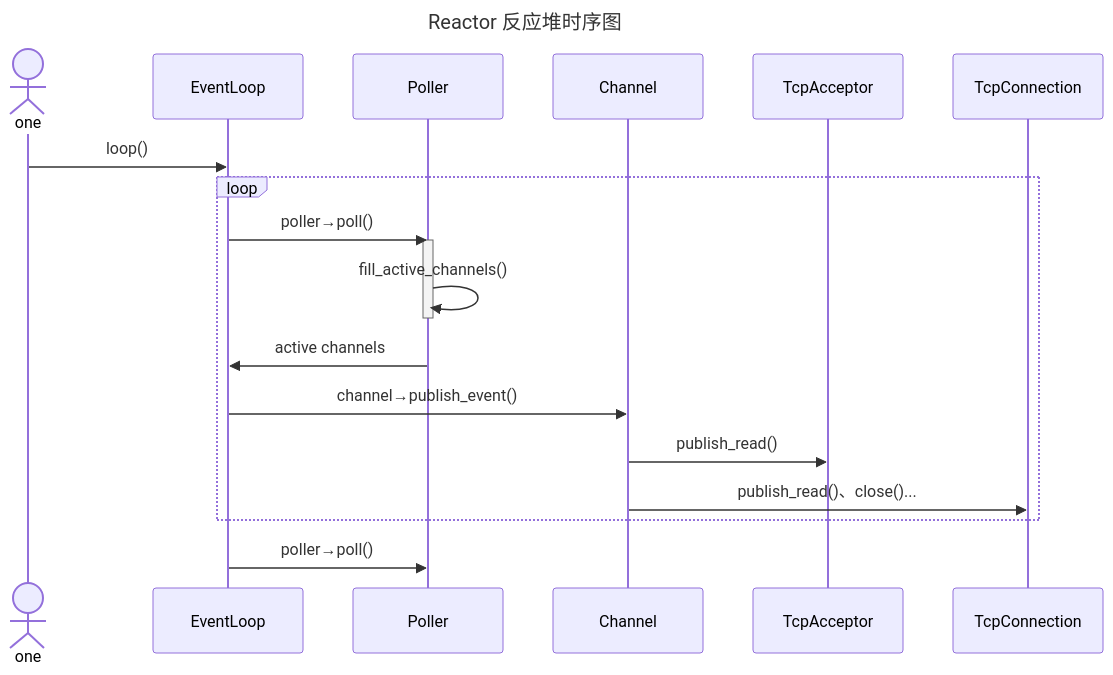
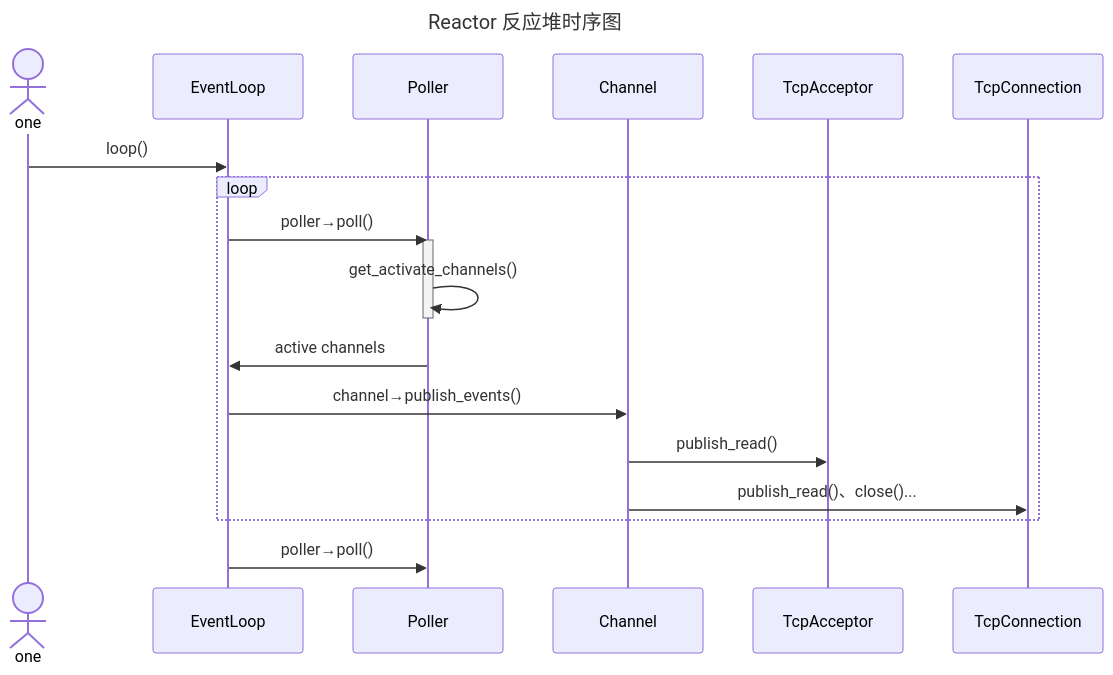
Before and after one commit to WenXingming/tudou: the third of 4 diagrams in README.md, drawn with Mermaid. The commit also changed 13 other files, not shown here.

````diff
--- a/README.md
+++ b/README.md
@@ -183,53 +183,53 @@
 ```mermaid
 
 %% %% 示例：在代码块顶部配置主题变量
 %% %%{init: {'theme':'forest'}}%%
 %% sequenceDiagram
 
 %%     participant EventLoop
 %%     participant Poller
 %%     participant Channel
 %%     participant TcpAcceptor
 %%     participant TcpConnection
 	
 %% 	EventLoop->>Poller: 使用 poller 监听发生事件的 channels
 %% 	Poller->>EventLoop: 返回发生事件的 channels 给 eventLoop
 %% 	EventLoop->>Channel: eventloop 通知 channel 处理回调
 %% 	Channel->> TcpAcceptor: 根据事件进行回调
 %% 	Channel->> TcpConnection: 根据事件进行回调
 %% 	EventLoop->>Poller: 使用 poller 监听发生事件的 channels
 
 %%{init: {
     "theme": "default",
     "themeVariables": {
         "fontFamily": "Times New Roman",
         "fontSize": "20px"
     }
 }}%%
 
 sequenceDiagram
     title Reactor 反应堆时序图
     
     actor one
     participant EventLoop
     participant Poller
     participant Channel
     participant TcpAcceptor
     participant TcpConnection
 	
     one ->> EventLoop: loop()
     loop
 	EventLoop->>Poller: poller→poll()
 
     activate Poller
-    Poller->>Poller: fill_active_channels()
+    Poller->>Poller: get_activate_channels()
     deactivate Poller
     
     Poller->>EventLoop: active channels
-	EventLoop->>Channel: channel→publish_event()
+	EventLoop->>Channel: channel→publish_events()
 	Channel->> TcpAcceptor: publish_read()
 	Channel->> TcpConnection: publish_read()、close()...
     end
 	EventLoop->>Poller: poller→poll()
 
 ```
````
